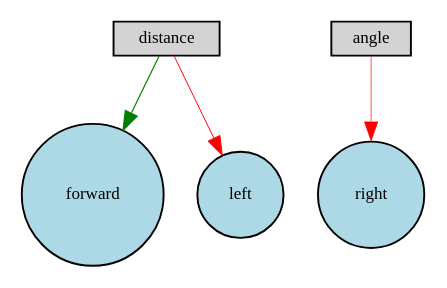
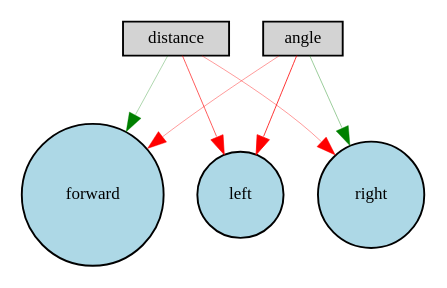
The diagram in Digraph.gv (anamariavv/Diplomski), drawn with Graphviz before and after one commit. The commit also changed 16 other files, not shown here.

```diff
--- a/Digraph.gv
+++ b/Digraph.gv
@@ -1,11 +1,14 @@
 digraph {
 	node [fontsize=9 height=0.2 shape=circle width=0.2]
 	distance [fillcolor=lightgray shape=box style=filled]
 	angle [fillcolor=lightgray shape=box style=filled]
 	forward [fillcolor=lightblue style=filled]
 	left [fillcolor=lightblue style=filled]
 	right [fillcolor=lightblue style=filled]
-	distance -> forward [color=green penwidth=0.6302231232247979 style=solid]
-	distance -> left [color=red penwidth=0.5162550999738611 style=solid]
-	angle -> right [color=red penwidth=0.35904290614475975 style=solid]
+	distance -> forward [color=green penwidth=0.1651096415543764 style=solid]
+	distance -> left [color=red penwidth=0.34155342154784646 style=solid]
+	distance -> right [color=red penwidth=0.20661512958799216 style=solid]
+	angle -> forward [color=red penwidth=0.20654663075260055 style=solid]
+	angle -> left [color=red penwidth=0.4175671052833694 style=solid]
+	angle -> right [color=green penwidth=0.20919585694669085 style=solid]
 }
```
